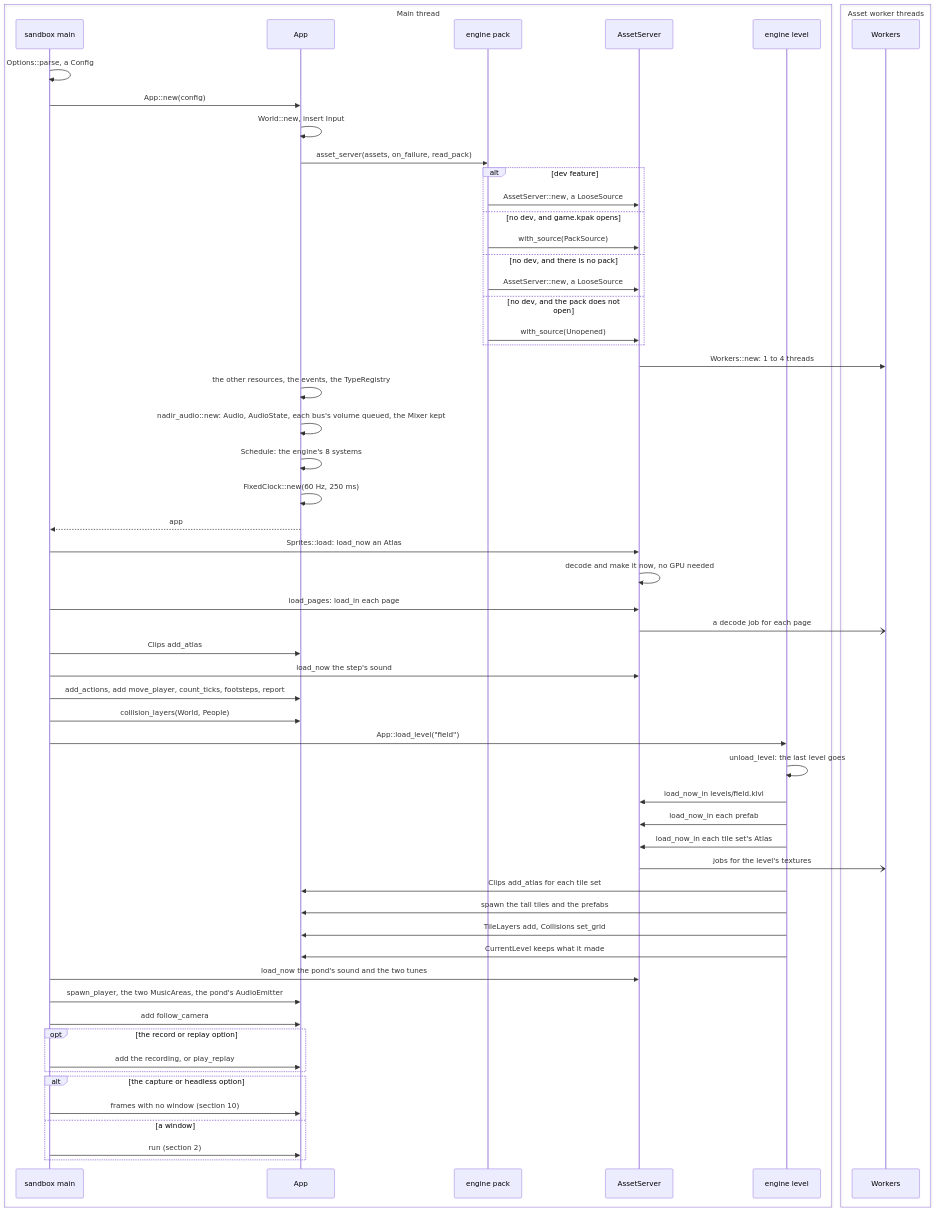
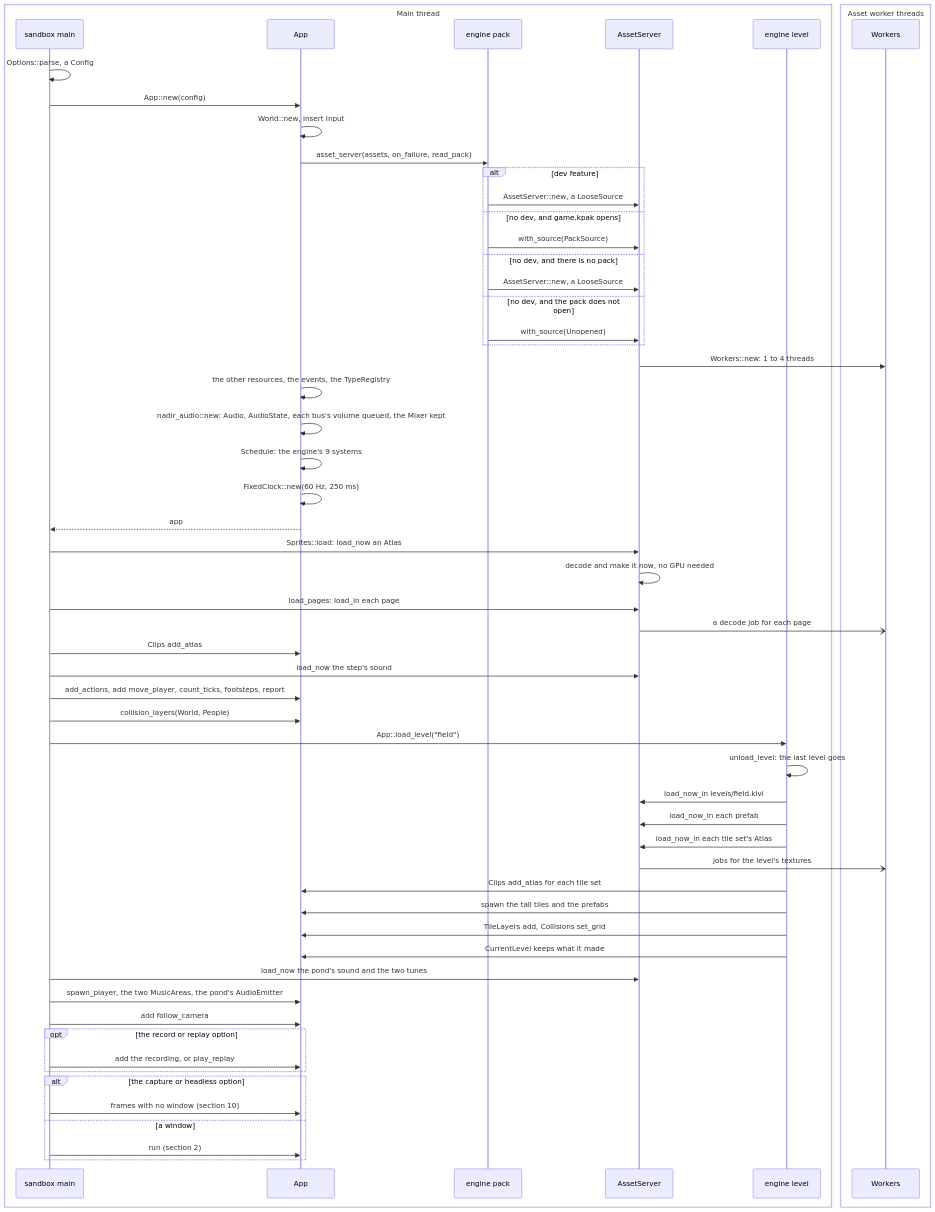
One commit to jabbott-iii/Nadir changed the first of 12 diagrams in diagrams/game-loop-sequence.md. Above: the diagram before and after it, drawn with Mermaid. The commit also changed other lines of this file and 26 other files, not shown here.

````diff
--- a/diagrams/game-loop-sequence.md
+++ b/diagrams/game-loop-sequence.md
@@ -33,62 +33,62 @@
 ```mermaid
 sequenceDiagram
     box Main thread
         participant Main as sandbox main
         participant App as App
         participant Pack as engine pack
         participant Srv as AssetServer
         participant Lvl as engine level
     end
     box Asset worker threads
         participant Wk as Workers
     end
 
     Main->>Main: Options::parse, a Config
     Main->>App: App::new(config)
     App->>App: World::new, insert Input
     App->>Pack: asset_server(assets, on_failure, read_pack)
     alt dev feature
         Pack->>Srv: AssetServer::new, a LooseSource
     else no dev, and game.kpak opens
         Pack->>Srv: with_source(PackSource)
     else no dev, and there is no pack
         Pack->>Srv: AssetServer::new, a LooseSource
     else no dev, and the pack does not open
         Pack->>Srv: with_source(Unopened)
     end
     Srv->>Wk: Workers::new: 1 to 4 threads
     App->>App: the other resources, the events, the TypeRegistry
     App->>App: nadir_audio::new: Audio, AudioState, each bus's volume queued, the Mixer kept
-    App->>App: Schedule: the engine's 8 systems
+    App->>App: Schedule: the engine's 9 systems
     App->>App: FixedClock::new(60 Hz, 250 ms)
     App-->>Main: app
     Main->>Srv: Sprites::load: load_now an Atlas
     Srv->>Srv: decode and make it now, no GPU needed
     Main->>Srv: load_pages: load_in each page
     Srv-)Wk: a decode job for each page
     Main->>App: Clips add_atlas
     Main->>Srv: load_now the step's sound
     Main->>App: add_actions, add move_player, count_ticks, footsteps, report
     Main->>App: collision_layers(World, People)
     Main->>Lvl: App::load_level("field")
     Lvl->>Lvl: unload_level: the last level goes
     Lvl->>Srv: load_now_in levels/field.klvl
     Lvl->>Srv: load_now_in each prefab
     Lvl->>Srv: load_now_in each tile set's Atlas
     Srv-)Wk: jobs for the level's textures
     Lvl->>App: Clips add_atlas for each tile set
     Lvl->>App: spawn the tall tiles and the prefabs
     Lvl->>App: TileLayers add, Collisions set_grid
     Lvl->>App: CurrentLevel keeps what it made
     Main->>Srv: load_now the pond's sound and the two tunes
     Main->>App: spawn_player, the two MusicAreas, the pond's AudioEmitter
     Main->>App: add follow_camera
     opt the record or replay option
         Main->>App: add the recording, or play_replay
     end
     alt the capture or headless option
         Main->>App: frames with no window (section 10)
     else a window
         Main->>App: run (section 2)
     end
 ```
````
